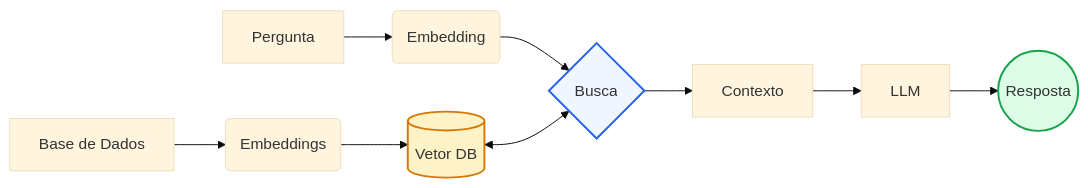
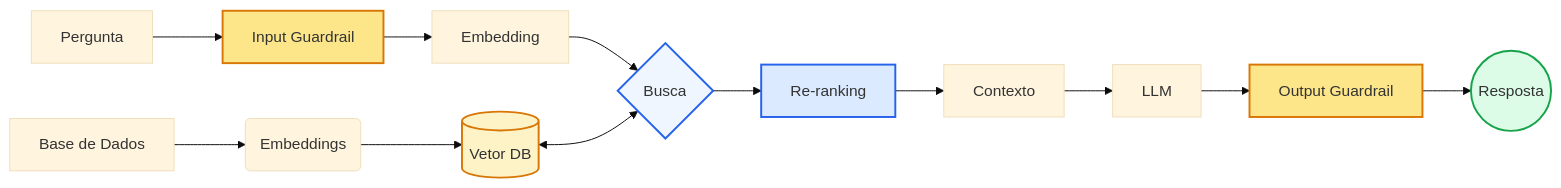
One commit to rivaildojunior/llm-rag changed the diagram in README.md. Above: the diagram before and after it, drawn with Mermaid (base theme). The commit also changed other lines of this file, not shown here.

Commit message:
atualiza readme

````diff
--- a/README.md
+++ b/README.md
@@ -35,19 +35,25 @@
 ```mermaid
 graph LR
     %% Nós principais
     A[Base de Dados] --> B(Embeddings)
     B --> C[(Vetor DB)]
-    
-    D[Pergunta] --> E(Embedding)
-    E --> F{Busca}
-    
-    C <--> F
-    F --> G[Contexto]
-    G --> H[LLM]
-    H --> I((Resposta))
+
+    D[Pergunta] --> E[Input Guardrail]
+    E --> F[Embedding]
+    F --> G{Busca}
+
+    C <--> G
+    G --> H[Re-ranking]
+    H --> I[Contexto]
+    I --> J[LLM]
+    J --> K[Output Guardrail]
+    K --> L((Resposta))
 
     %% Estilização simples e elegante
     style C fill:#fef3c7,stroke:#d97706,stroke-width:2px
-    style I fill:#dcfce7,stroke:#16a34a,stroke-width:2px
-    style F fill:#eff6ff,stroke:#2563eb,stroke-width:2px
+    style L fill:#dcfce7,stroke:#16a34a,stroke-width:2px
+    style G fill:#eff6ff,stroke:#2563eb,stroke-width:2px
+    style H fill:#dbeafe,stroke:#2563eb,stroke-width:2px
+    style E fill:#fde68a,stroke:#d97706,stroke-width:2px
+    style K fill:#fde68a,stroke:#d97706,stroke-width:2px
 ```
````
